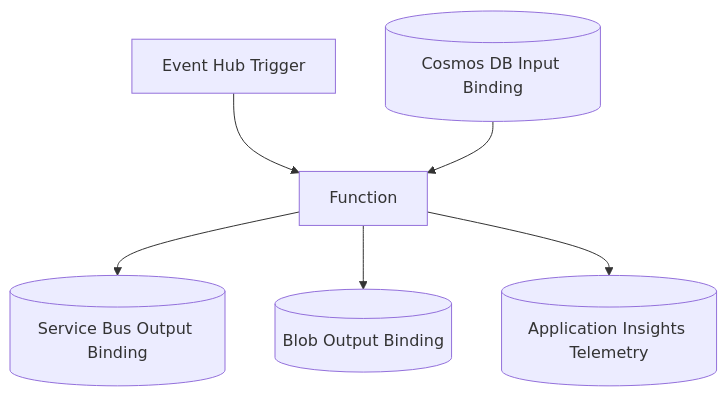
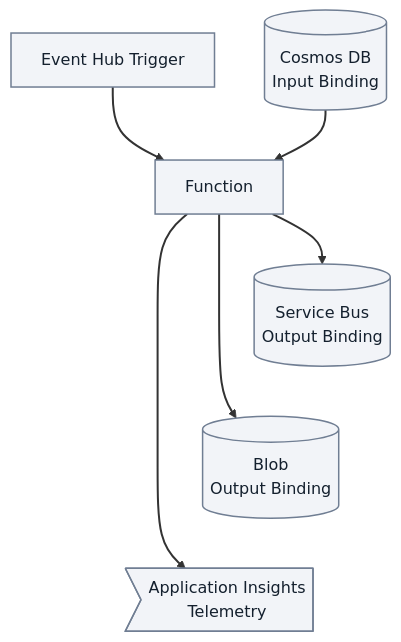
The third of 5 diagrams in docs/platform/triggers-and-bindings.md (yeongseon/azure-functions-practical-guide), drawn with Mermaid before and after one commit. The commit also changed other lines of this file and 3 other files, not shown here.

First line of the commit message:
docs(diagrams): migrate Functions platform runtime — custom handlers and hosting and related pages (#414)

````diff
--- a/docs/platform/triggers-and-bindings.md
+++ b/docs/platform/triggers-and-bindings.md
@@ -276,8 +293,16 @@
 ```mermaid
 flowchart TD
-    EH[Event Hub Trigger] --> FN[Function]
-    COS[(Cosmos DB Input Binding)] --> FN
-    FN --> SB[(Service Bus Output Binding)]
-    FN --> BL[(Blob Output Binding)]
-    FN --> AI[(Application Insights Telemetry)]
+    accTitle: Multi-service input and output binding data flow
+    accDescr: An Event Hub trigger and Cosmos DB input binding provide data to one function, which has Service Bus and Blob output bindings and Application Insights telemetry. This illustrative logical data flow does not specify connection initiators, output ordering or atomic fan-out; telemetry is not an output binding.
+    EH["Event Hub Trigger"] --> FN[Function]
+    COS[("Cosmos DB<br/>Input Binding")] --> FN
+    FN --> SB[("Service Bus<br/>Output Binding")]
+    FN --> BL[("Blob<br/>Output Binding")]
+    FN --> AI>"Application Insights<br/>Telemetry"]
+    %% Layout-only links tier outputs; they add no data dependency or semantic arrow.
+    SB ~~~ BL
+    BL ~~~ AI
+    classDef baseNeutral fill:#f2f4f8,stroke:#707e93,stroke-width:1.5px,color:#14202e;
+    class EH,FN,COS,SB,BL,AI baseNeutral;
+    linkStyle default stroke-width:2px;
 ```
````
